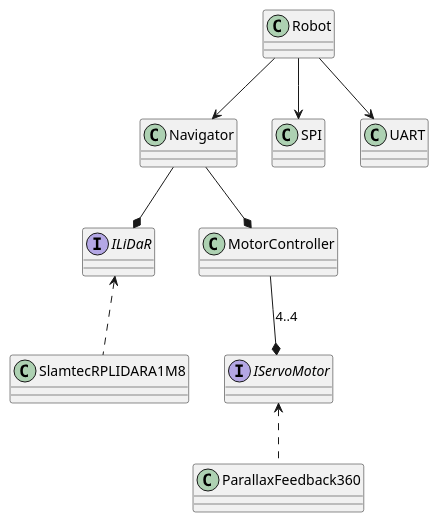
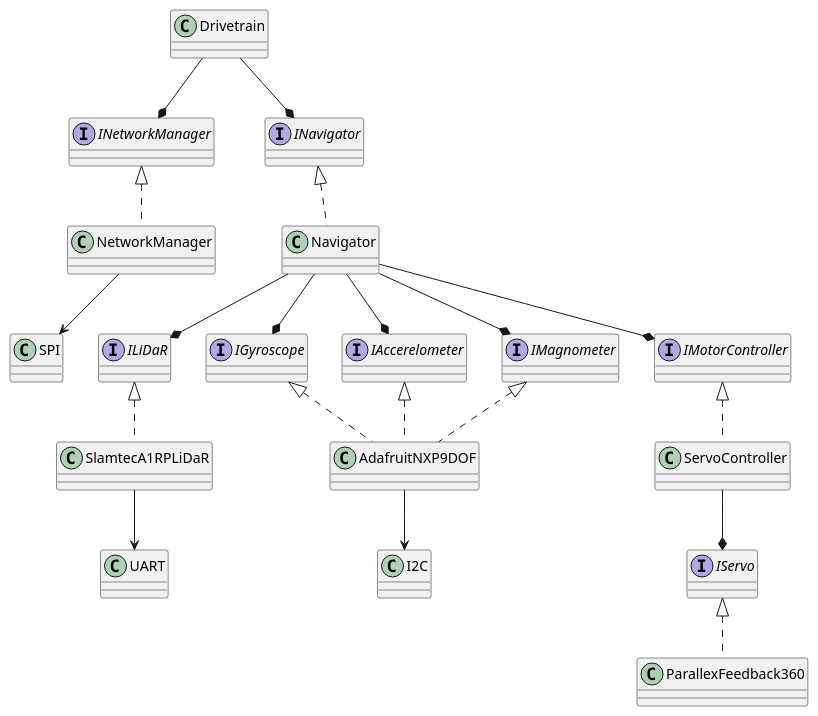
The diagram in assets/images/class_diagram/drivetrain.puml (d-loers/2025-bip-project-wallai), drawn with PlantUML before and after one commit.

Commit message:
Updated class diagram

```diff
--- a/assets/images/class_diagram/drivetrain.puml
+++ b/assets/images/class_diagram/drivetrain.puml
@@ -1,24 +1,49 @@
 @startuml drivetrain
-class MotorController
-class ParallaxFeedback360
-class SlamtecRPLIDARA1M8
+
+class Drivetrain
 class Navigator
+class ServoController
+class ParallexFeedback360
+class AdafruitNXP9DOF
+class SlamtecA1RPLiDaR
+
+class UART
 class SPI
-class UART
-class Robot
+class I2C
 
-Interface IServoMotor
-Interface ILiDaR
+interface INetworkManager
+interface INavigator
+interface IMotorController
+interface IServo
+interface IMagnometer
+interface IAccerelometer
+interface IGyroscope
+interface ILiDaR
 
-MotorController --* IServoMotor : 4..4
+Navigator .u.|> INavigator
+ServoController .u.|> IMotorController
+ParallexFeedback360 .u.|> IServo
+AdafruitNXP9DOF .u.|> IMagnometer
+AdafruitNXP9DOF .u.|> IAccerelometer
+AdafruitNXP9DOF .u.|> IGyroscope
+SlamtecA1RPLiDaR .u.|> ILiDaR
+NetworkManager .u.|> INetworkManager
 
-ParallaxFeedback360 .u.> IServoMotor
-SlamtecRPLIDARA1M8 .u.> ILiDaR
+Drivetrain --* INavigator
+Drivetrain --* INetworkManager
 
-Navigator --* MotorController
+Navigator --* IMotorController
+Navigator --* IMagnometer
+Navigator --* IAccerelometer
+Navigator --* IGyroscope
 Navigator --* ILiDaR
 
-Robot --> Navigator
-Robot --> SPI
-Robot --> UART
+ServoController --* IServo
+
+AdafruitNXP9DOF --> I2C
+
+SlamtecA1RPLiDaR --> UART
+
+NetworkManager --> SPI
+
 @enduml
```
